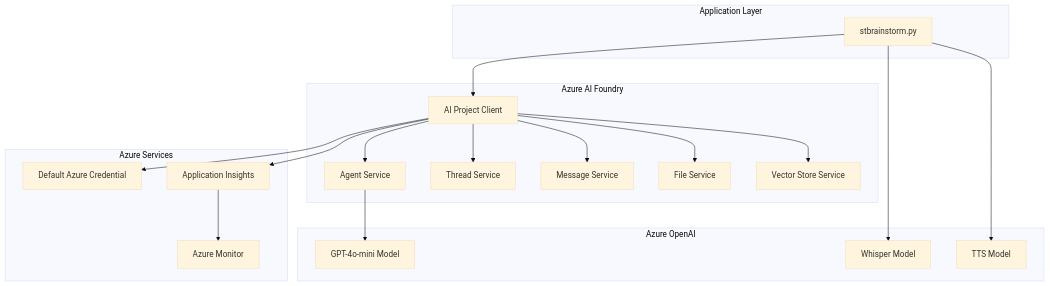
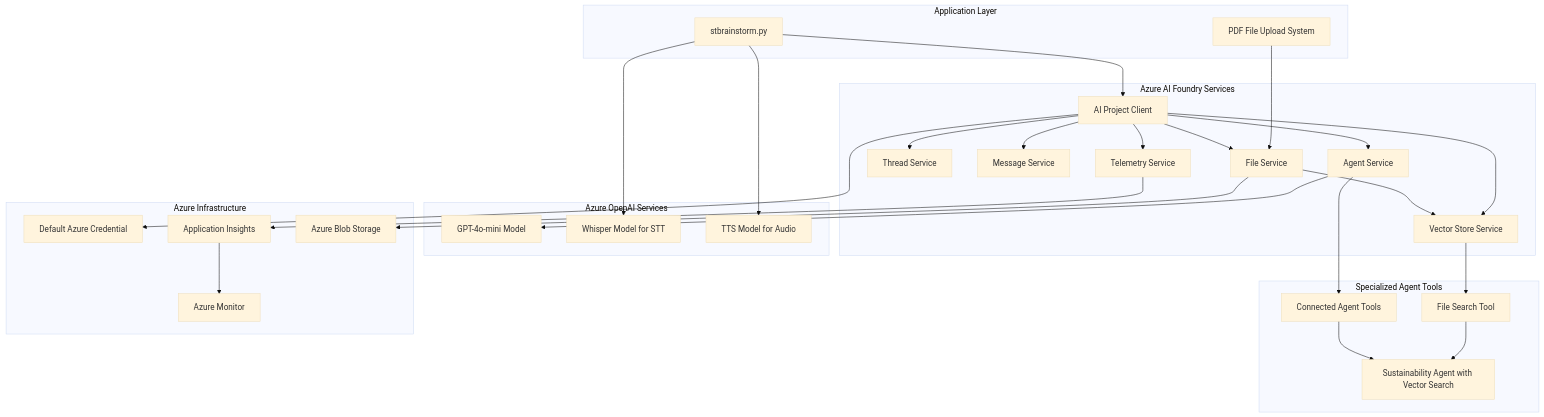
One commit to mmckechney/AgenticAIFoundry changed the ninth of 17 diagrams in docs/stbrainstorm-architecture-documentation.md. Above: the diagram before and after it, drawn with Mermaid (base theme). The commit also changed other lines of this file, not shown here.

Commit message:
Major documentation updates: agents, UI architecture, API reference, data flows

````diff
--- a/docs/stbrainstorm-architecture-documentation.md
+++ b/docs/stbrainstorm-architecture-documentation.md
@@ -484,42 +853,68 @@
 ```mermaid
 graph TB
     subgraph "Application Layer"
         App[stbrainstorm.py]
+        FileUpload[PDF File Upload System]
     end
     
-    subgraph "Azure AI Foundry"
+    subgraph "Azure AI Foundry Services"
         ProjectClient[AI Project Client]
         AgentService[Agent Service]
         ThreadService[Thread Service]
         MessageService[Message Service]
         FileService[File Service]
         VectorStore[Vector Store Service]
+        TelemetryService[Telemetry Service]
     end
     
-    subgraph "Azure OpenAI"
-        GPTModel[GPT-4o-mini Model]
-        WhisperModel[Whisper Model]
-        TTSModel[TTS Model]
+    subgraph "Specialized Agent Tools"
+        ConnectedAgents[Connected Agent Tools]
+        FileSearchTool[File Search Tool]
+        SustainabilityAgent[Sustainability Agent with Vector Search]
     end
     
-    subgraph "Azure Services"
+    subgraph "Azure OpenAI Services"
+        GPTModel[GPT-4o-mini Model]
+        WhisperModel[Whisper Model for STT]
+        TTSModel[TTS Model for Audio]
+    end
+    
+    subgraph "Azure Infrastructure"
         Identity[Default Azure Credential]
         Insights[Application Insights]
         Monitor[Azure Monitor]
+        BlobStorage[Azure Blob Storage]
     end
     
+    %% Application connections
     App --> ProjectClient
+    FileUpload --> FileService
+    
+    %% Project Client connections
     ProjectClient --> AgentService
     ProjectClient --> ThreadService
     ProjectClient --> MessageService
     ProjectClient --> FileService
     ProjectClient --> VectorStore
+    ProjectClient --> TelemetryService
     
+    %% File processing flow
+    FileService --> VectorStore
+    VectorStore --> FileSearchTool
+    FileSearchTool --> SustainabilityAgent
+    
+    %% Agent service connections
+    AgentService --> ConnectedAgents
     AgentService --> GPTModel
+    ConnectedAgents --> SustainabilityAgent
+    
+    %% Direct API connections
     App --> WhisperModel
     App --> TTSModel
     
+    %% Infrastructure connections
     ProjectClient --> Identity
-    ProjectClient --> Insights
+    TelemetryService --> Insights
     Insights --> Monitor
+    FileService --> BlobStorage
 ```
````
